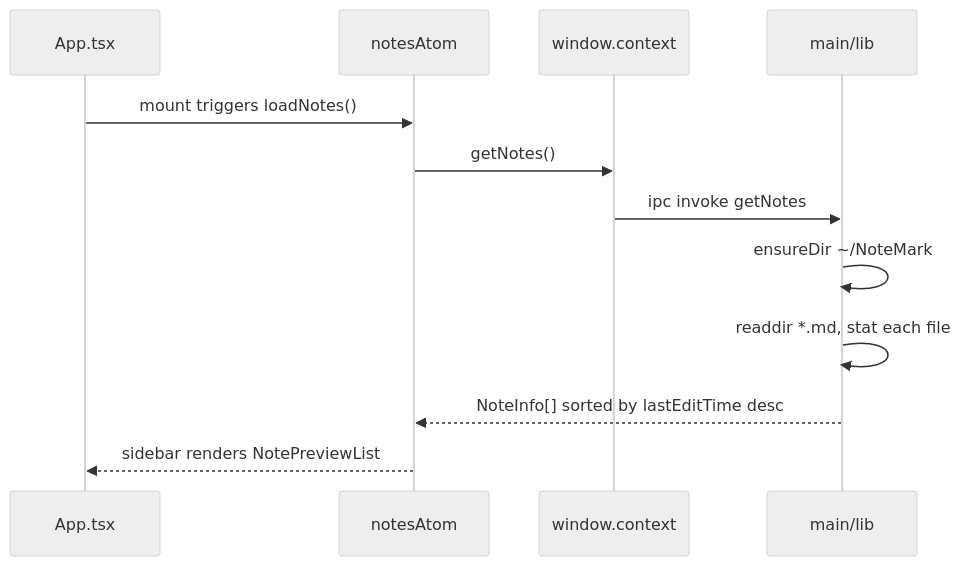
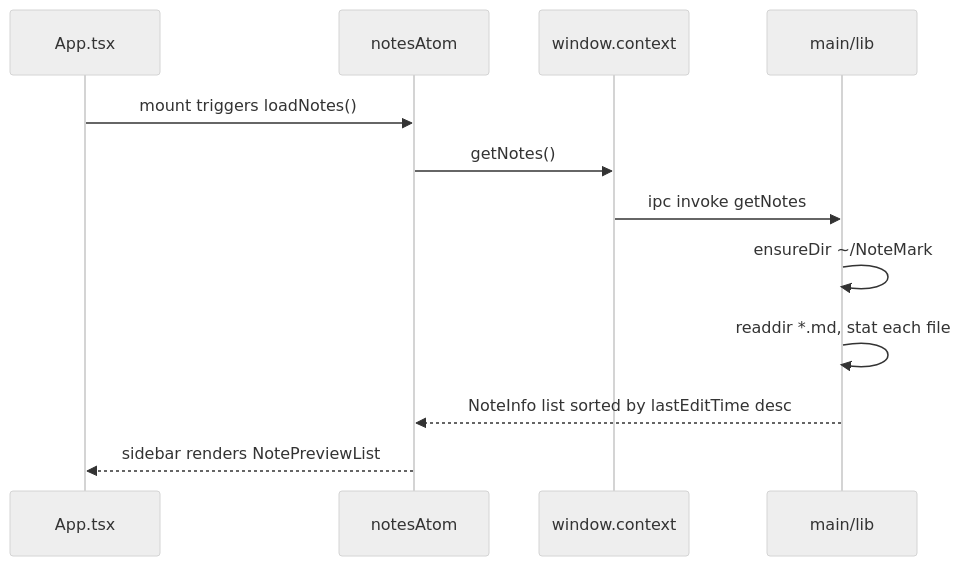
The first of 5 diagrams in note-app/DEVELOPER.md (MilanMolnar/NoteApp), drawn with Mermaid (neutral theme) before and after one commit. The commit also changed other lines of this file, not shown here.

Commit message:
Fix Mermaid diagrams for GitHub rendering compatibility

````diff
--- a/note-app/DEVELOPER.md
+++ b/note-app/DEVELOPER.md
@@ -142,15 +142,15 @@
 ```mermaid
 sequenceDiagram
     participant App as App.tsx
     participant Store as notesAtom
     participant IPC as window.context
-    participant Main as main/lib
+    participant MainLib as main/lib
 
     App->>Store: mount triggers loadNotes()
     Store->>IPC: getNotes()
-    IPC->>Main: ipc invoke getNotes
-    Main->>Main: ensureDir ~/NoteMark
-    Main->>Main: readdir *.md, stat each file
-    Main-->>Store: NoteInfo[] sorted by lastEditTime desc
+    IPC->>MainLib: ipc invoke getNotes
+    MainLib->>MainLib: ensureDir ~/NoteMark
+    MainLib->>MainLib: readdir *.md, stat each file
+    MainLib-->>Store: NoteInfo list sorted by lastEditTime desc
     Store-->>App: sidebar renders NotePreviewList
 ```
````
